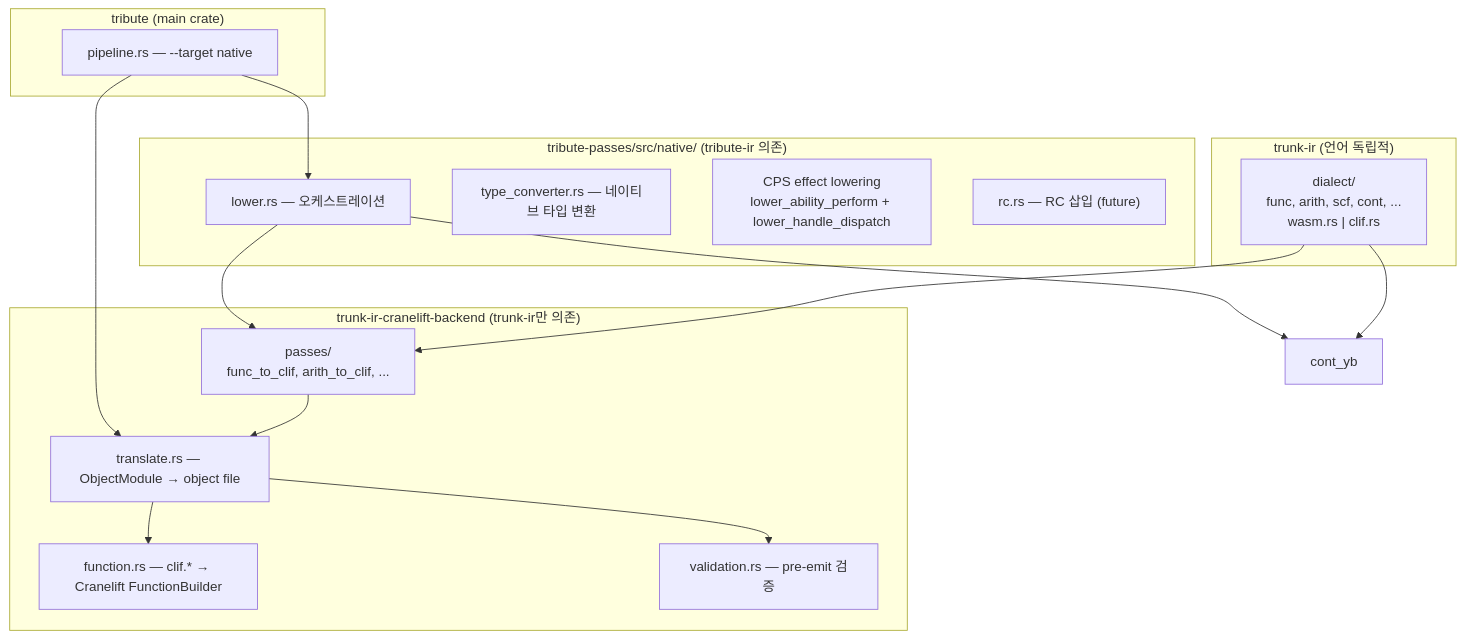
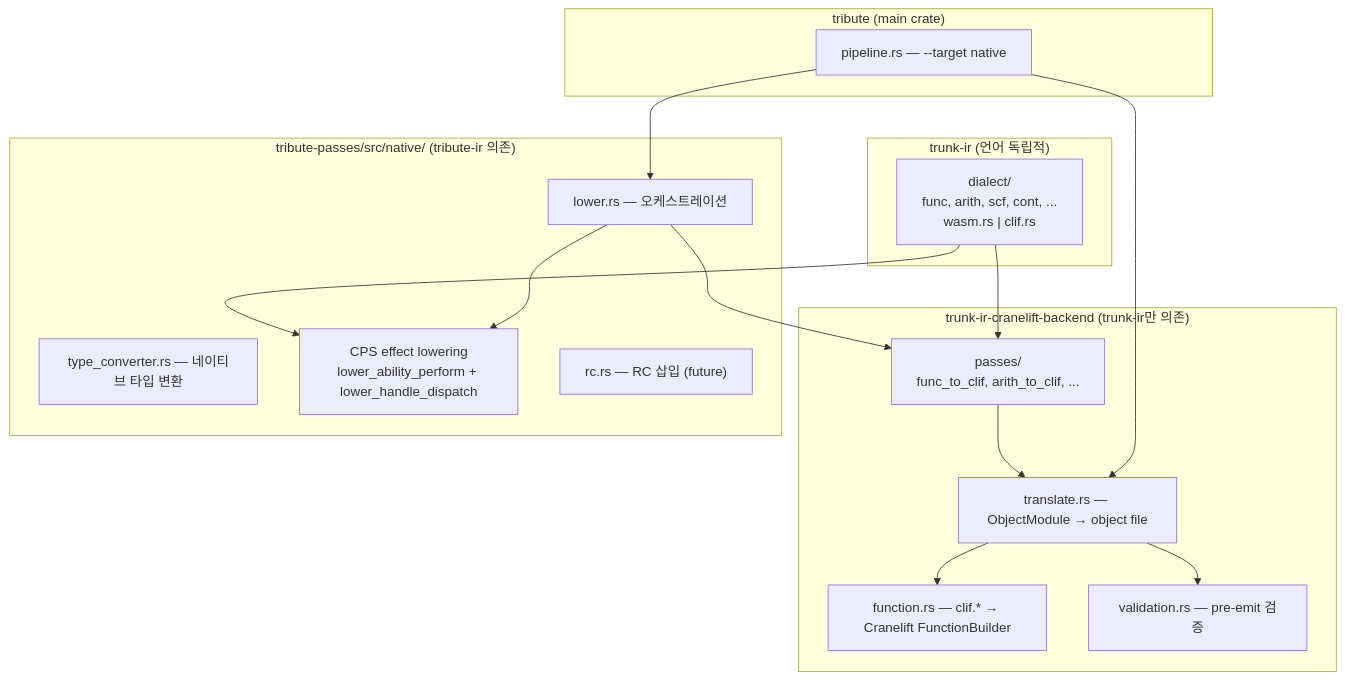
The first of 2 diagrams in new-plans/cranelift-backend.md (Kroisse/tribute), drawn with Mermaid before and after one commit. The commit also changed other lines of this file and 3 other files, not shown here.

````diff
--- a/new-plans/cranelift-backend.md
+++ b/new-plans/cranelift-backend.md
@@ -19,34 +19,34 @@
 ```mermaid
 graph TD
     subgraph "trunk-ir (언어 독립적)"
         dialects["dialect/\nfunc, arith, scf, cont, ...\nwasm.rs | clif.rs"]
     end
 
     subgraph "trunk-ir-cranelift-backend (trunk-ir만 의존)"
         translate["translate.rs — ObjectModule → object file"]
         function["function.rs — clif.* → Cranelift FunctionBuilder"]
         validation["validation.rs — pre-emit 검증"]
         passes["passes/\nfunc_to_clif, arith_to_clif, ..."]
     end
 
     subgraph "tribute-passes/src/native/ (tribute-ir 의존)"
         lower["lower.rs — 오케스트레이션"]
         type_conv["type_converter.rs — 네이티브 타입 변환"]
         cps["CPS effect lowering\nlower_ability_perform + lower_handle_dispatch"]
         rc["rc.rs — RC 삽입 (future)"]
     end
 
     subgraph "tribute (main crate)"
         pipeline["pipeline.rs — --target native"]
     end
 
     dialects --> passes
-    dialects --> cont_yb
+    dialects --> cps
     passes --> translate
     translate --> function
     translate --> validation
     lower --> passes
-    lower --> cont_yb
+    lower --> cps
     pipeline --> lower
     pipeline --> translate
 ```
````
